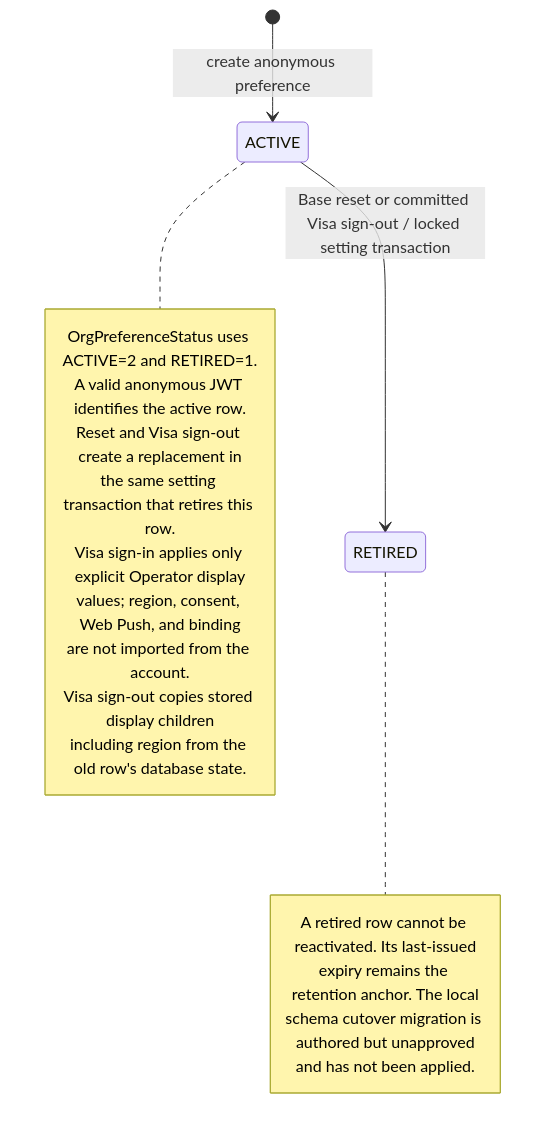
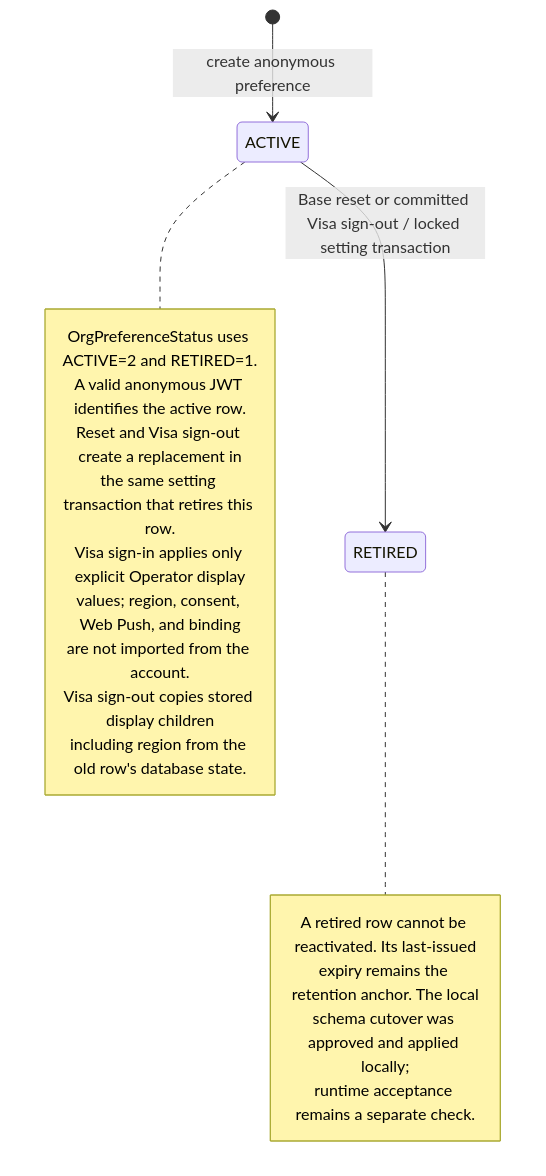
The diagram in docs/mermaid/idp-org-preference-status.mmd (seahal/umaxica-apps-jit-global), drawn with Mermaid before and after one commit. The commit also changed 1736 other files, not shown here.

```diff
--- a/docs/mermaid/idp-org-preference-status.mmd
+++ b/docs/mermaid/idp-org-preference-status.mmd
@@ -1,25 +1,25 @@
 stateDiagram-v2
     state "ACTIVE" as active
     state "RETIRED" as retired
 
     [*] --> active: create anonymous preference
     active --> retired: Base reset or committed Visa sign-out / locked setting transaction
 
     note right of active
       OrgPreferenceStatus uses ACTIVE=2 and RETIRED=1.
       A valid anonymous JWT identifies the active row.
       Reset and Visa sign-out create a replacement in
       the same setting transaction that retires this row.
       Visa sign-in applies only explicit Operator display
       values; region, consent, Web Push, and binding
       are not imported from the account.
       Visa sign-out copies stored display children
       including region from the old row's database state.
     end note
 
     note right of retired
       A retired row cannot be reactivated. Its last-issued
       expiry remains the retention anchor. The local
-      schema cutover migration is authored but unapproved
-      and has not been applied.
+      schema cutover was approved and applied locally;
+      runtime acceptance remains a separate check.
     end note
```
